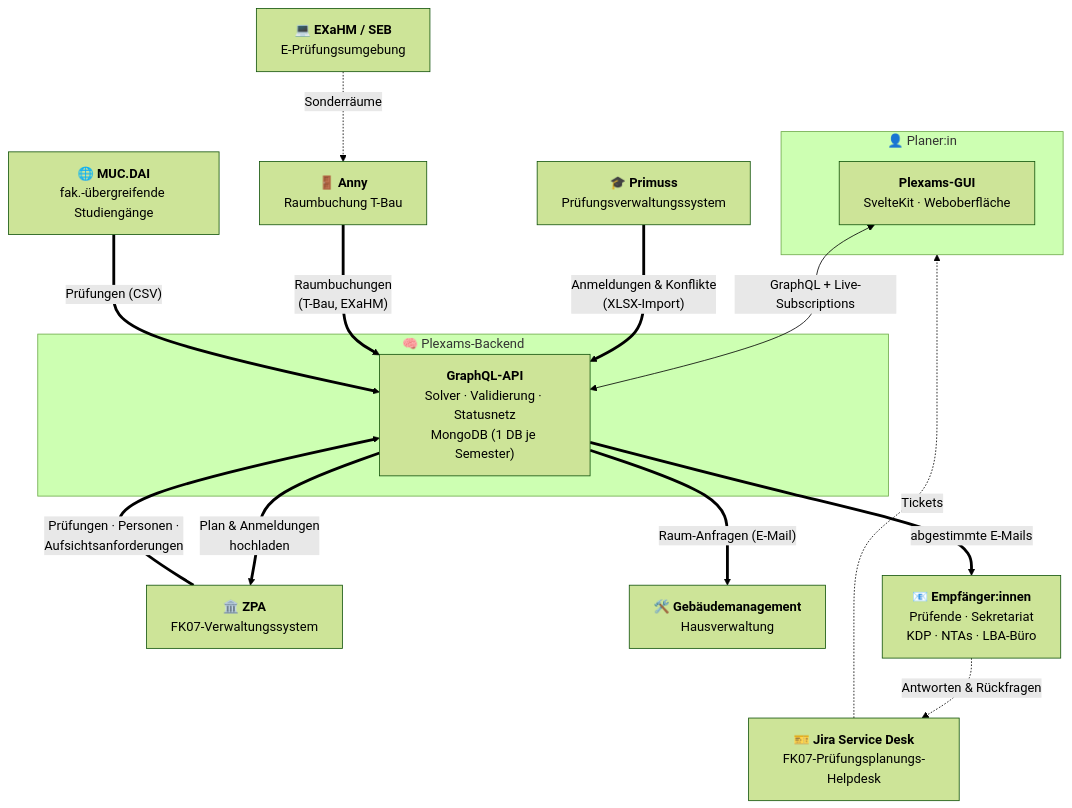
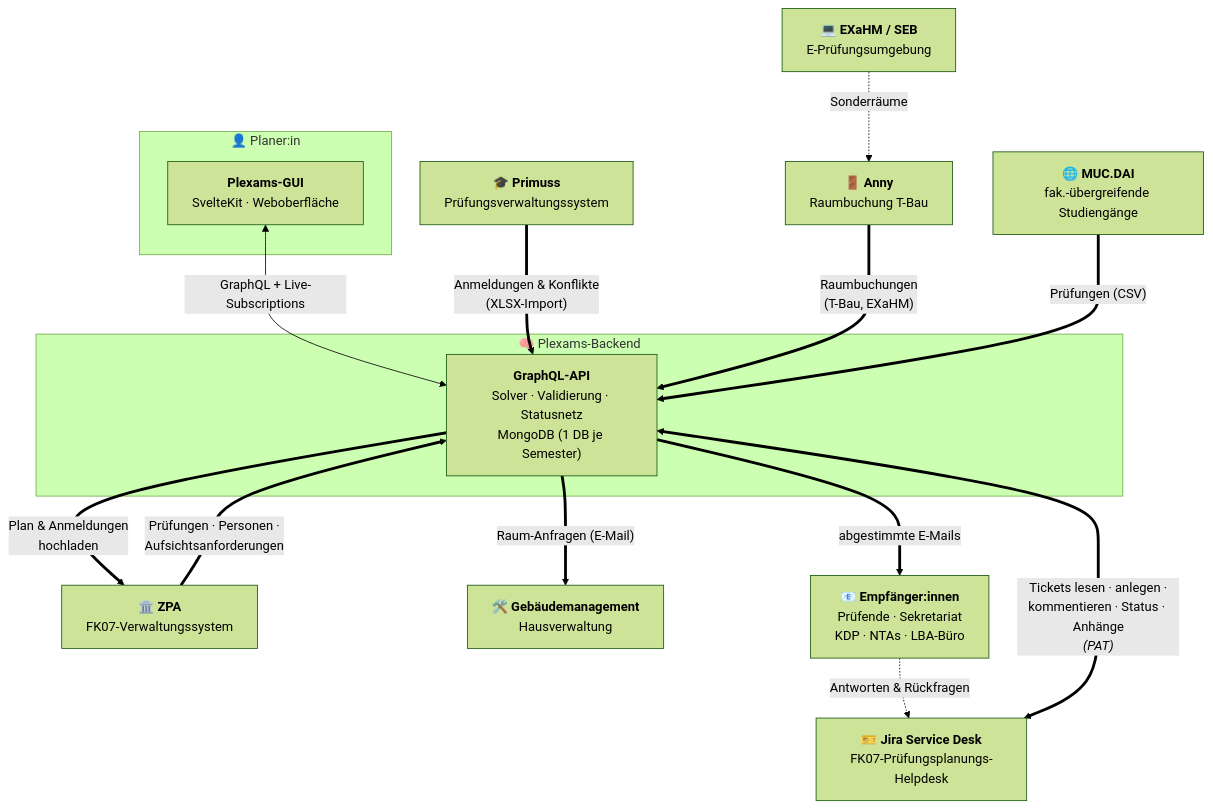
Before and after one commit to obcode/plexams.go: the first of 8 diagrams in docs/OVERVIEW.md, drawn with Mermaid (forest theme). The commit also changed other lines of this file and 2 other files, not shown here.

First line of the commit message:
docs: document the Jira integration

````diff
--- a/docs/OVERVIEW.md
+++ b/docs/OVERVIEW.md
@@ -37,32 +37,32 @@
 ```mermaid
 flowchart TB
     subgraph User["👤 Planer:in"]
       GUI["<b>Plexams-GUI</b><br/>SvelteKit · Weboberfläche"]
     end
 
     subgraph Core["🧠 Plexams-Backend"]
       BE["<b>GraphQL-API</b><br/>Solver · Validierung · Statusnetz<br/>MongoDB (1 DB je Semester)"]
     end
 
     GUI <-->|"GraphQL + Live-Subscriptions"| BE
 
     ZPA["🏛️ <b>ZPA</b><br/>FK07-Verwaltungssystem"]
     PRIMUSS["🎓 <b>Primuss</b><br/>Prüfungsverwaltungssystem"]
     ANNY["🚪 <b>Anny</b><br/>Raumbuchung T-Bau"]
     GM["🛠️ <b>Gebäudemanagement</b><br/>Hausverwaltung"]
     MUCDAI["🌐 <b>MUC.DAI</b><br/>fak.-übergreifende Studiengänge"]
     EXAHM["💻 <b>EXaHM / SEB</b><br/>E-Prüfungsumgebung"]
     MAILS["📧 <b>Empfänger:innen</b><br/>Prüfende · Sekretariat<br/>KDP · NTAs · LBA-Büro"]
     JIRA["🎫 <b>Jira Service Desk</b><br/>FK07-Prüfungsplanungs-Helpdesk"]
 
     ZPA ==>|"Prüfungen · Personen ·<br/>Aufsichtsanforderungen"| BE
     BE ==>|"Plan & Anmeldungen<br/>hochladen"| ZPA
     PRIMUSS ==>|"Anmeldungen & Konflikte<br/>(XLSX-Import)"| BE
     ANNY ==>|"Raumbuchungen<br/>(T-Bau, EXaHM)"| BE
     MUCDAI ==>|"Prüfungen (CSV)"| BE
     EXAHM -.->|"Sonderräume"| ANNY
     BE ==>|"Raum-Anfragen (E-Mail)"| GM
     BE ==>|"abgestimmte E-Mails"| MAILS
     MAILS -.->|"Antworten & Rückfragen"| JIRA
-    JIRA -.->|"Tickets"| User
+    JIRA <==>|"Tickets lesen · anlegen ·<br/>kommentieren · Status · Anhänge<br/><i>(PAT)</i>"| BE
 ```
````
